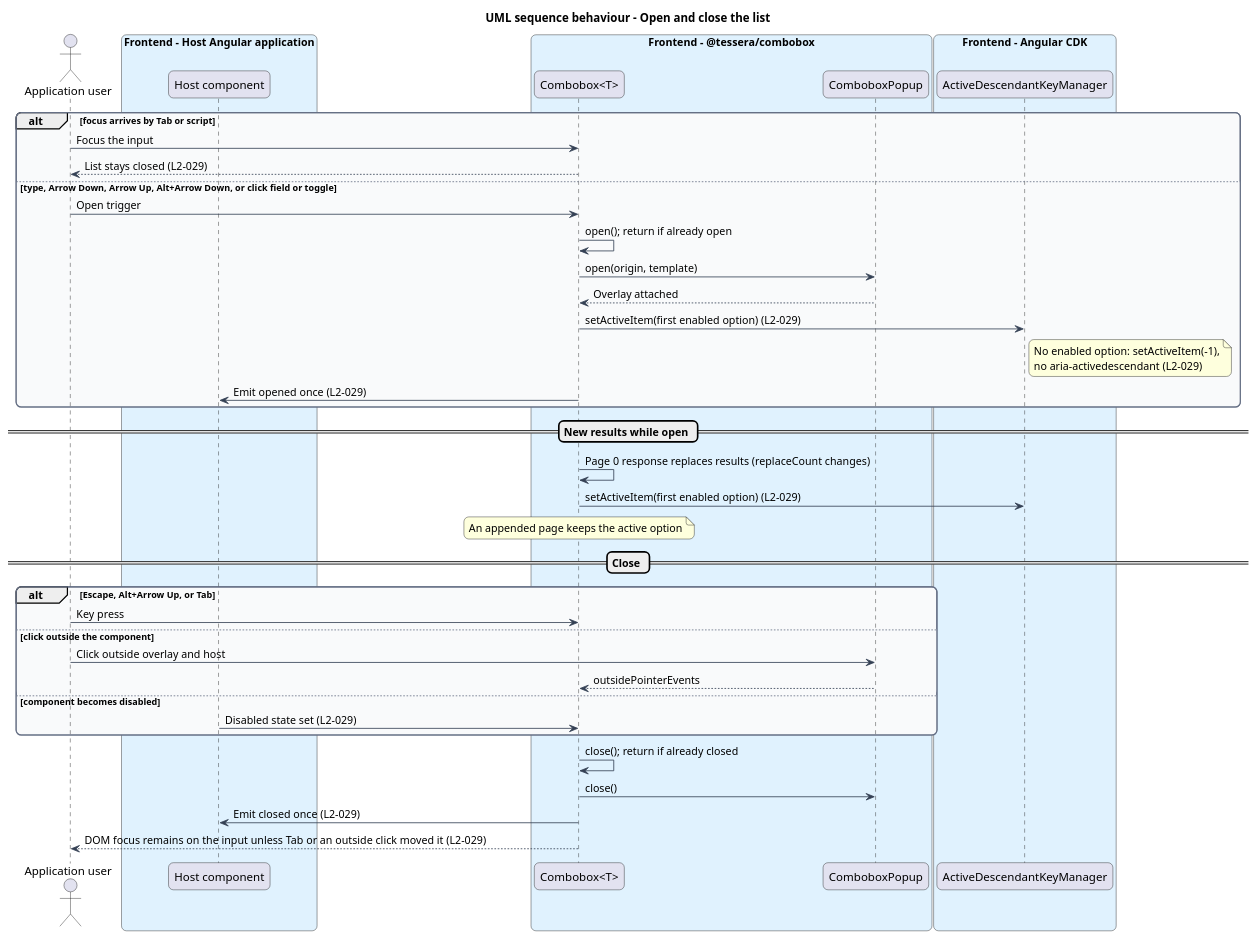
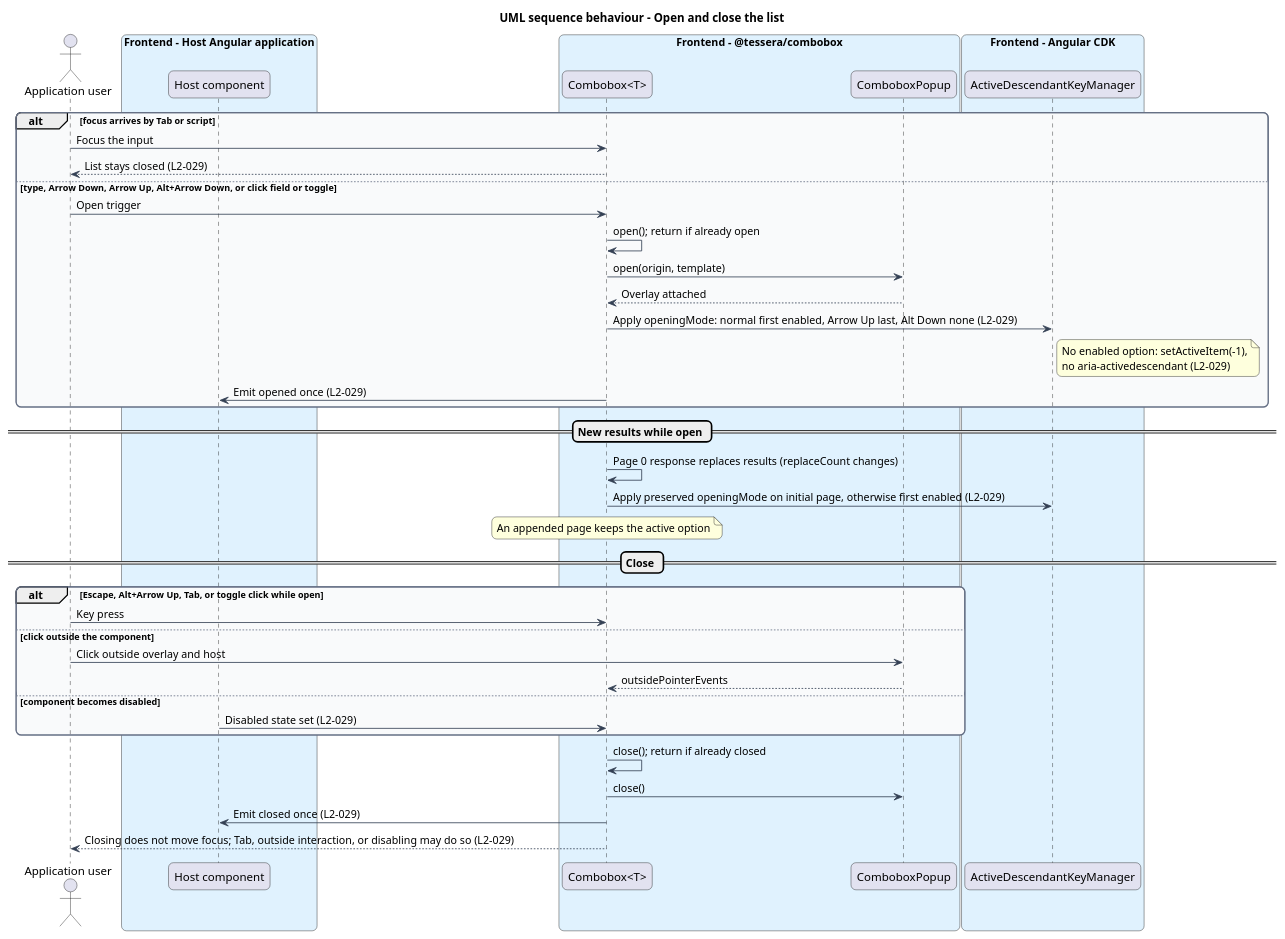
Before and after one commit to QuinntyneBrown/Tessera: the diagram in docs/detailed-designs/combobox/open-and-position-list/diagrams/sequence-open-close.puml, drawn with PlantUML. The commit also changed 80 other files, not shown here.

Commit message:
docs: align combobox designs diagrams and mock behavior

```diff
--- a/docs/detailed-designs/combobox/open-and-position-list/diagrams/sequence-open-close.puml
+++ b/docs/detailed-designs/combobox/open-and-position-list/diagrams/sequence-open-close.puml
@@ -1,63 +1,63 @@
 @startuml
 title UML sequence behaviour - Open and close the list
 skinparam backgroundColor #FFFFFF
 skinparam shadowing false
 skinparam roundcorner 12
 skinparam defaultFontName Arial
 skinparam ArrowColor #344054
 skinparam rectangle {
   BorderColor #344054
   FontColor #101828
 }
 skinparam package {
   BorderColor #667085
   FontColor #101828
   BackgroundColor #F9FAFB
 }
 actor "Application user" as user
 box "Frontend - Host Angular application" #E0F2FE
   participant "Host component" as host
 end box
 box "Frontend - @tessera/combobox" #E0F2FE
   participant "Combobox<T>" as combo
   participant "ComboboxPopup" as popup
 end box
 box "Frontend - Angular CDK" #E0F2FE
   participant "ActiveDescendantKeyManager" as keys
 end box
 
 alt focus arrives by Tab or script
   user -> combo : Focus the input
   combo --> user : List stays closed (L2-029)
 else type, Arrow Down, Arrow Up, Alt+Arrow Down, or click field or toggle
   user -> combo : Open trigger
   combo -> combo : open(); return if already open
   combo -> popup : open(origin, template)
   popup --> combo : Overlay attached
-  combo -> keys : setActiveItem(first enabled option) (L2-029)
+  combo -> keys : Apply openingMode: normal first enabled, Arrow Up last, Alt Down none (L2-029)
   note right of keys
     No enabled option: setActiveItem(-1),
     no aria-activedescendant (L2-029)
   end note
   combo -> host : Emit opened once (L2-029)
 end
 == New results while open ==
 combo -> combo : Page 0 response replaces results (replaceCount changes)
-combo -> keys : setActiveItem(first enabled option) (L2-029)
+combo -> keys : Apply preserved openingMode on initial page, otherwise first enabled (L2-029)
 note over combo
   An appended page keeps the active option
 end note
 == Close ==
-alt Escape, Alt+Arrow Up, or Tab
+alt Escape, Alt+Arrow Up, Tab, or toggle click while open
   user -> combo : Key press
 else click outside the component
   user -> popup : Click outside overlay and host
   popup --> combo : outsidePointerEvents
 else component becomes disabled
   host -> combo : Disabled state set (L2-029)
 end
 combo -> combo : close(); return if already closed
 combo -> popup : close()
 combo -> host : Emit closed once (L2-029)
-combo --> user : DOM focus remains on the input unless Tab or an outside click moved it (L2-029)
+combo --> user : Closing does not move focus; Tab, outside interaction, or disabling may do so (L2-029)
 @enduml
```
